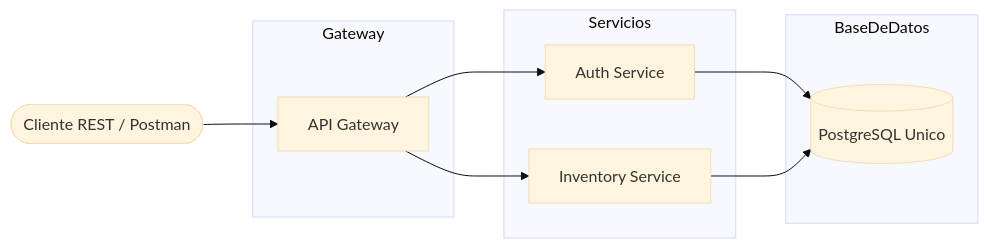
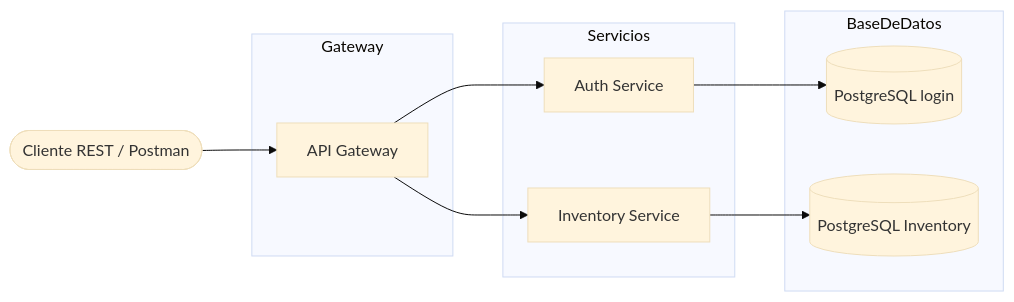
One commit to jose6668/FarmaExpres-Diagramas changed the third of 4 diagrams in README.md. Above: the diagram before and after it, drawn with Mermaid (base theme). The commit also changed other lines of this file, not shown here.

Commit message:
(refactor: translate components of the class diagram and Base Architecture into English)

````diff
--- a/README.md
+++ b/README.md
@@ -178,26 +164,27 @@
 ```mermaid
 flowchart LR
 
 Cliente([Cliente REST / Postman])
 
 subgraph Gateway
 GW[API Gateway]
 end
 
 subgraph Servicios
 AUTH[Auth Service]
 INV[Inventory Service]
 end
 
 subgraph BaseDeDatos
-DB[(PostgreSQL Unico)]
+DBL[(PostgreSQL login)]
+DBI[(PostgreSQL Inventory)]
 end
 
 Cliente --> GW
 GW --> AUTH
 GW --> INV
 
-AUTH --> DB
-INV --> DB
+AUTH --> DBL
+INV --> DBI
 
 ```
````
